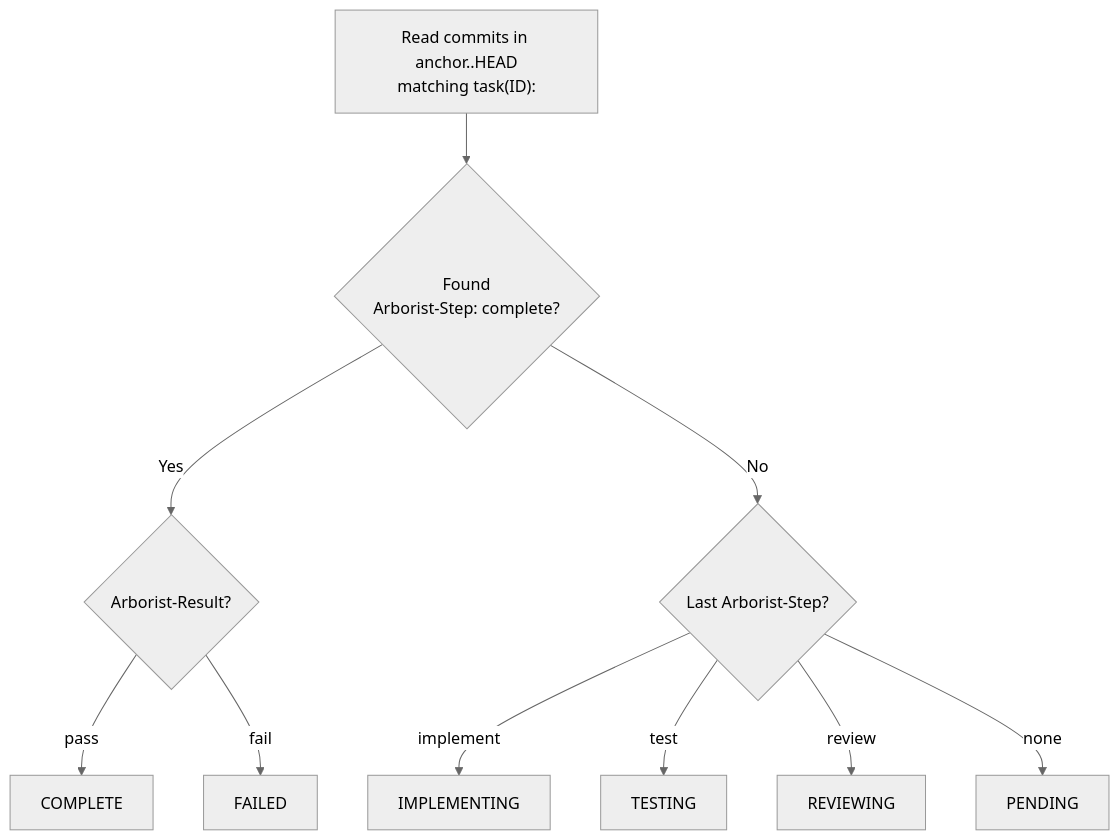
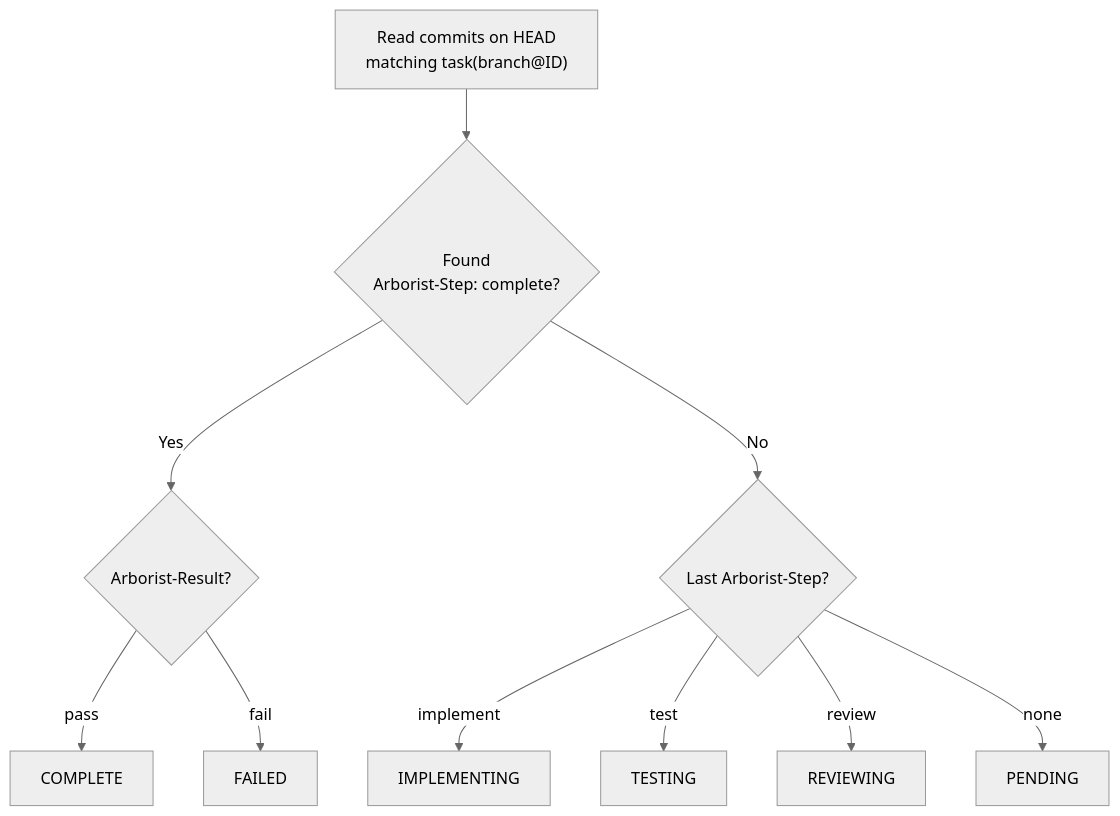
The first of 2 diagrams in docs/manual/06-git-integration.md (pennyworth-tech/agent-arborist), drawn with Mermaid (neutral theme) before and after one commit. The commit also changed other lines of this file and 19 other files, not shown here.

First line of the commit message:
Branch-scoped commit messages: task(branch@id@status) format

````diff
--- a/docs/manual/06-git-integration.md
+++ b/docs/manual/06-git-integration.md
@@ -52,12 +74,12 @@
 ```mermaid
 flowchart TD
-    A["Read commits in anchor..HEAD<br/>matching task(ID):"] --> B{Found<br/>Arborist-Step: complete?}
+    A["Read commits on HEAD<br/>matching task(branch@ID)"] --> B{Found<br/>Arborist-Step: complete?}
     B -- Yes --> C{Arborist-Result?}
     C -- pass --> D["COMPLETE"]
     C -- fail --> E["FAILED"]
     B -- No --> F{Last Arborist-Step?}
     F -- implement --> G["IMPLEMENTING"]
     F -- test --> H["TESTING"]
     F -- review --> I["REVIEWING"]
     F -- none --> J["PENDING"]
 ```
````
